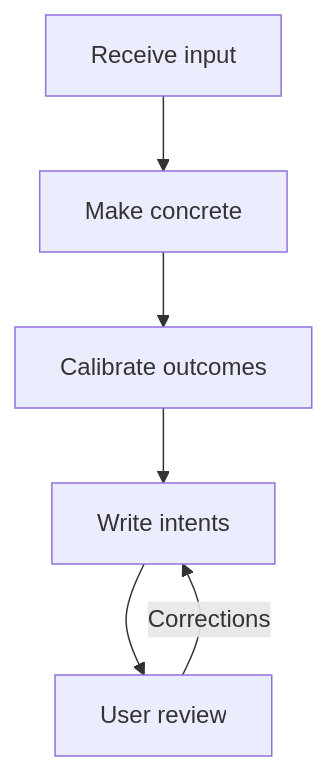
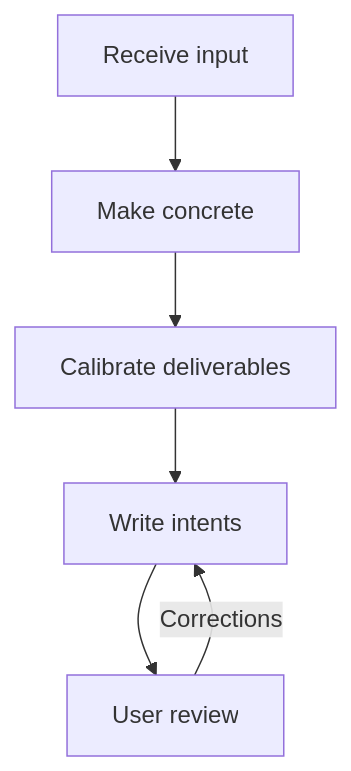
The diagram in skills/engineering/to-intent/README.md (adeonir/agent-skills), drawn with Mermaid before and after one commit. The commit also changed other lines of this file and 1 other file, not shown here.

Commit message:
feat(to-intent): cut the input into releasable deliverables

````diff
--- a/skills/engineering/to-intent/README.md
+++ b/skills/engineering/to-intent/README.md
@@ -7,8 +7,8 @@
 ```mermaid
 flowchart TD
     A[Receive input] --> B[Make concrete]
-    B --> C[Calibrate outcomes]
+    B --> C[Calibrate deliverables]
     C --> D[Write intents]
     D --> E[User review]
     E -->|Corrections| D
 ```
````
